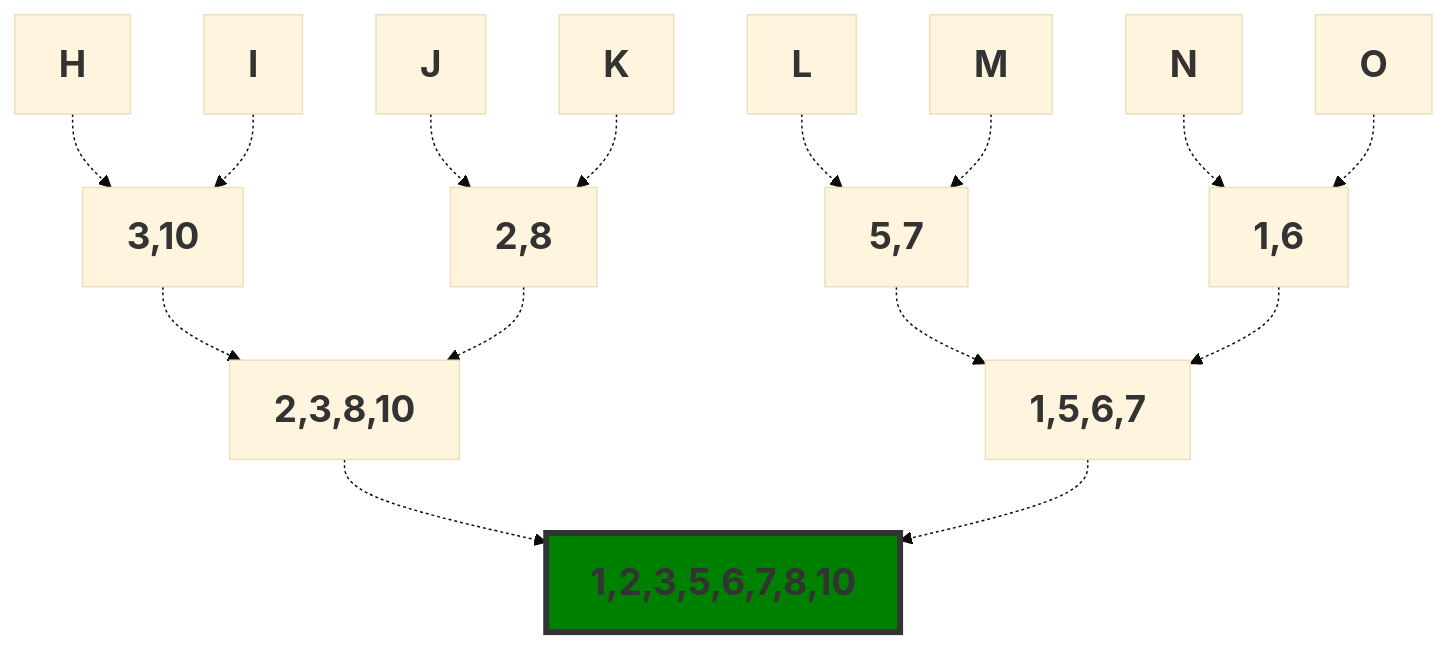
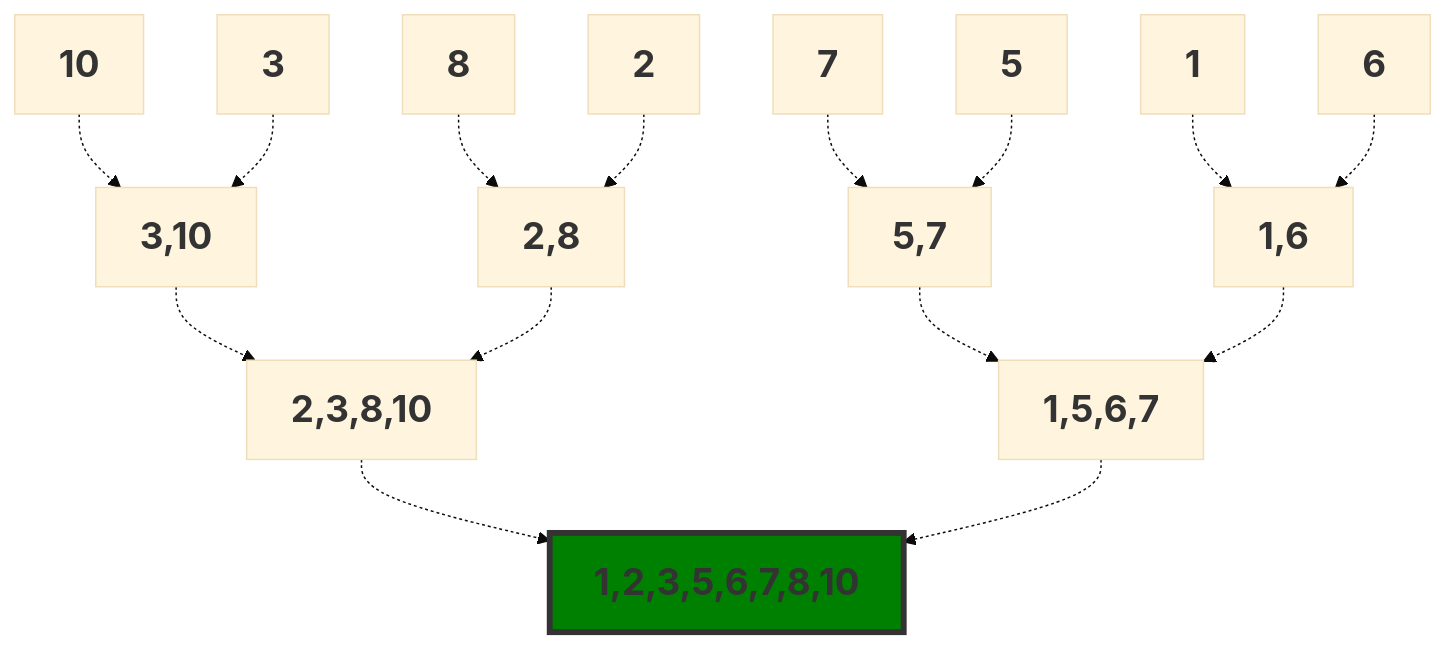
One commit to manishrnl/DSA-Practice-Problem changed the tenth of 12 diagrams in 06 Sorting/README.md. Above: the diagram before and after it, drawn with Mermaid (base theme). The commit also changed other lines of this file and 5 other files, not shown here.

````diff
--- a/06 Sorting/README.md
+++ b/06 Sorting/README.md
@@ -236,28 +236,28 @@
 ```mermaid
 graph TD
 classDef largeFont font-size:25px, font-weight:bold;
 
-H -.-> P[3,10]
-I -.-> P
+H[10] -.-> P[3,10]
+I[3] -.-> P
 
-J -.-> Q[2,8]
-K -.-> Q
+J[8] -.-> Q[2,8]
+K[2] -.-> Q
 
 P -.-> R[2,3,8,10]
 Q -.-> R
 
-L -.-> S[5,7]
-M -.-> S
+L[7] -.-> S[5,7]
+M[5] -.-> S
 
-N -.-> T[1,6]
-O -.-> T
+N[1] -.-> T[1,6]
+O[6] -.-> T
 
 S -.-> U[1,5,6,7]
 T -.-> U
 
 R -.-> V[1,2,3,5,6,7,8,10]
 U -.-> V
 
 class H,I,J,K,L,M,N,O,P,Q,R,S,T,U,V largeFont
 style V fill: green, stroke: #333, stroke-width: 4px
 ```
````
